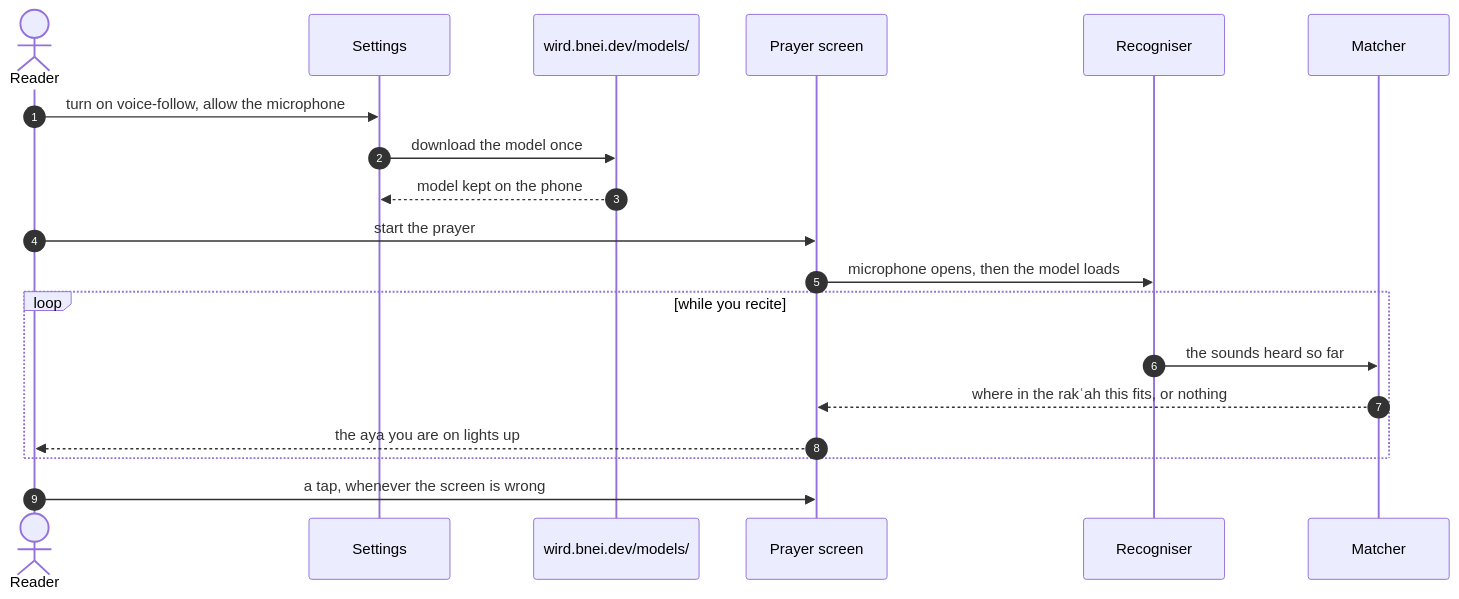
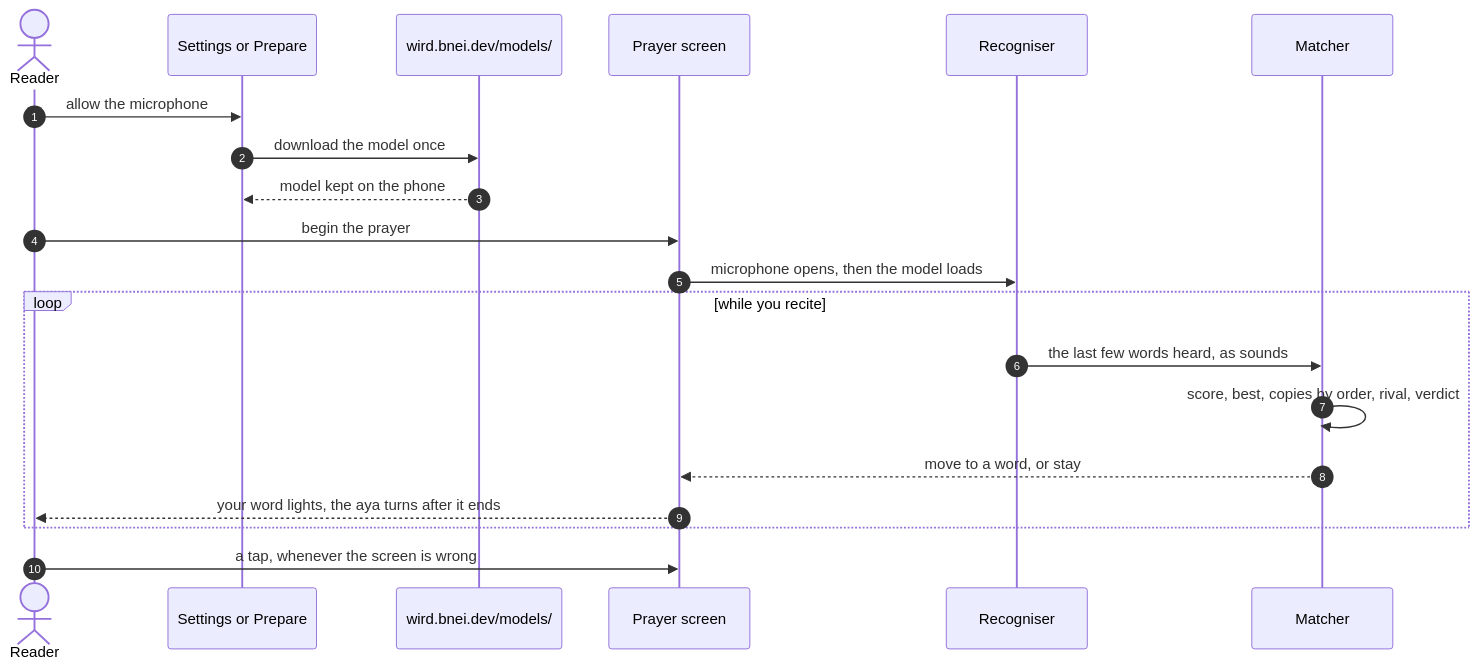
Before and after one commit to MohammadBnei/wird: the diagram in docs/tours/following-your-voice.md, drawn with Mermaid. The commit also changed other lines of this file and 8 other files, not shown here.

First line of the commit message:
Document the per-pair margin and repeats settled by order: ADR 0020, voice-follow, preparation, tour

````diff
--- a/docs/tours/following-your-voice.md
+++ b/docs/tours/following-your-voice.md
@@ -5,21 +5,22 @@
 ```mermaid
 sequenceDiagram
   autonumber
   actor R as Reader
-  participant S as Settings
+  participant S as Settings or Prepare
   participant H as wird.bnei.dev/models/
   participant P as Prayer screen
   participant Rec as Recogniser
   participant M as Matcher
-  R->>S: turn on voice-follow, allow the microphone
+  R->>S: allow the microphone
   S->>H: download the model once
   H-->>S: model kept on the phone
-  R->>P: start the prayer
+  R->>P: begin the prayer
   P->>Rec: microphone opens, then the model loads
   loop while you recite
-    Rec->>M: the sounds heard so far
-    M-->>P: where in the rakʿah this fits, or nothing
-    P-->>R: the aya you are on lights up
+    Rec->>M: the last few words heard, as sounds
+    M->>M: score, best, copies by order, rival, verdict
+    M-->>P: move to a word, or stay
+    P-->>R: your word lights, the aya turns after it ends
   end
   R->>P: a tap, whenever the screen is wrong
 ```
````
